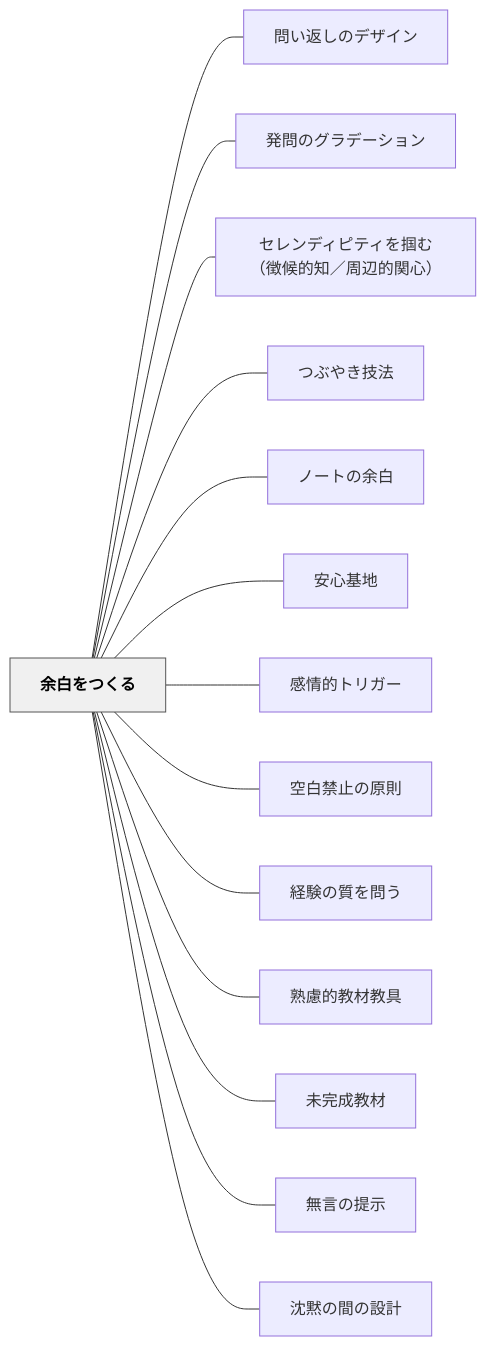
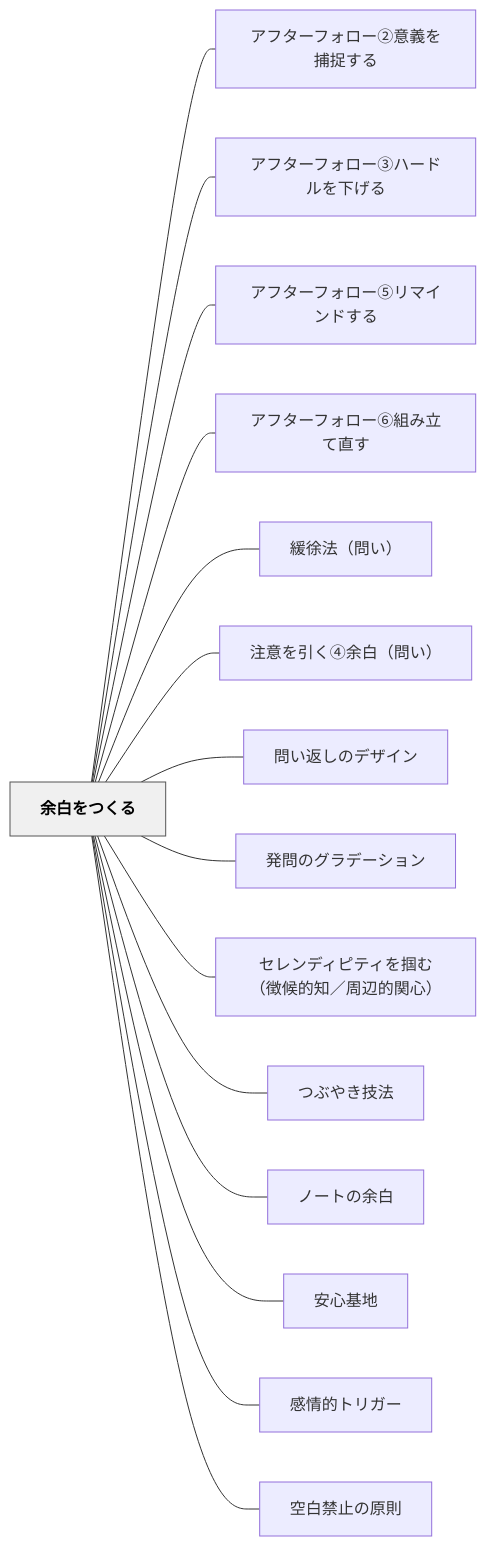
Before and after one commit to unknownthings-ed-patterns/unknownthings-ed-patterns: the diagram in content/パタン/余白をつくる.md, drawn with Mermaid. The commit also changed other lines of this file and 38 other files, not shown here.

````diff
--- a/content/パタン/余白をつくる.md
+++ b/content/パタン/余白をつくる.md
@@ -82,34 +88,36 @@
 ```mermaid
 flowchart LR
     ne4bd99e799bde38292e381a4e3818fe3828b["余白をつくる"]
+    ne382a2e38395e382bfe383bce38395e382a9e383ade383bce291a1e6848fe7bea9e38292e68d95e68d89e38199e3828b["アフターフォロー②意義を捕捉する"]
+    ne382a2e38395e382bfe383bce38395e382a9e383ade383bce291a2e3838fe383bce38389e383abe38292e4b88be38192e3828b["アフターフォロー③ハードルを下げる"]
+    ne382a2e38395e382bfe383bce38395e382a9e383ade383bce291a4e383aae3839ee382a4e383b3e38389e38199e3828b["アフターフォロー⑤リマインドする"]
+    ne382a2e38395e382bfe383bce38395e382a9e383ade383bce291a5e7b584e381bfe7ab8be381a6e79bb4e38199["アフターフォロー⑥組み立て直す"]
+    ne7b7a9e5be90e6b395efbc88e5958fe38184efbc89["緩徐法（問い）"]
+    ne6b3a8e6848fe38292e5bc95e3818fe291a3e4bd99e799bdefbc88e5958fe38184efbc89["注意を引く④余白（問い）"]
     ne5958fe38184e8bf94e38197e381aee38387e382b6e382a4e383b3["問い返しのデザイン"]
     ne799bae5958fe381aee382b0e383a9e38387e383bce382b7e383a7e383b3["発問のグラデーション"]
     ne382bbe383ace383b3e38387e382a3e38394e38386e382a3e38292e68eb4e38280efbc88e5beb4e58099e79a84e79fa5efbc8fe591a8e8bebae79a84e996a2e5bf83efbc89["セレンディピティを掴む（徴候的知／周辺的関心）"]
     ne381a4e381b6e38284e3818de68a80e6b395["つぶやき技法"]
     ne3838ee383bce38388e381aee4bd99e799bd["ノートの余白"]
     ne5ae89e5bf83e59fbae59cb0["安心基地"]
     ne6849fe68385e79a84e38388e383aae382ace383bc["感情的トリガー"]
     ne7a9bae799bde7a681e6ada2e381aee58e9fe58987["空白禁止の原則"]
-    ne7b58ce9a893e381aee8b3aae38292e5958fe38186["経験の質を問う"]
-    ne7869fe685aee79a84e69599e69d90e69599e585b7["熟慮的教材教具"]
-    ne69caae5ae8ce68890e69599e69d90["未完成教材"]
-    ne784a1e8a880e381aee68f90e7a4ba["無言の提示"]
-    ne6b288e9bb99e381aee99693e381aee8a8ade8a888["沈黙の間の設計"]
 
+    ne4bd99e799bde38292e381a4e3818fe3828b --- ne382a2e38395e382bfe383bce38395e382a9e383ade383bce291a1e6848fe7bea9e38292e68d95e68d89e38199e3828b
+    ne4bd99e799bde38292e381a4e3818fe3828b --- ne382a2e38395e382bfe383bce38395e382a9e383ade383bce291a2e3838fe383bce38389e383abe38292e4b88be38192e3828b
+    ne4bd99e799bde38292e381a4e3818fe3828b --- ne382a2e38395e382bfe383bce38395e382a9e383ade383bce291a4e383aae3839ee382a4e383b3e38389e38199e3828b
+    ne4bd99e799bde38292e381a4e3818fe3828b --- ne382a2e38395e382bfe383bce38395e382a9e383ade383bce291a5e7b584e381bfe7ab8be381a6e79bb4e38199
+    ne4bd99e799bde38292e381a4e3818fe3828b --- ne7b7a9e5be90e6b395efbc88e5958fe38184efbc89
+    ne4bd99e799bde38292e381a4e3818fe3828b --- ne6b3a8e6848fe38292e5bc95e3818fe291a3e4bd99e799bdefbc88e5958fe38184efbc89
     ne4bd99e799bde38292e381a4e3818fe3828b --- ne5958fe38184e8bf94e38197e381aee38387e382b6e382a4e383b3
     ne4bd99e799bde38292e381a4e3818fe3828b --- ne799bae5958fe381aee382b0e383a9e38387e383bce382b7e383a7e383b3
     ne4bd99e799bde38292e381a4e3818fe3828b --- ne382bbe383ace383b3e38387e382a3e38394e38386e382a3e38292e68eb4e38280efbc88e5beb4e58099e79a84e79fa5efbc8fe591a8e8bebae79a84e996a2e5bf83efbc89
     ne4bd99e799bde38292e381a4e3818fe3828b --- ne381a4e381b6e38284e3818de68a80e6b395
     ne4bd99e799bde38292e381a4e3818fe3828b --- ne3838ee383bce38388e381aee4bd99e799bd
     ne4bd99e799bde38292e381a4e3818fe3828b --- ne5ae89e5bf83e59fbae59cb0
     ne4bd99e799bde38292e381a4e3818fe3828b --- ne6849fe68385e79a84e38388e383aae382ace383bc
     ne4bd99e799bde38292e381a4e3818fe3828b --- ne7a9bae799bde7a681e6ada2e381aee58e9fe58987
-    ne4bd99e799bde38292e381a4e3818fe3828b --- ne7b58ce9a893e381aee8b3aae38292e5958fe38186
-    ne4bd99e799bde38292e381a4e3818fe3828b --- ne7869fe685aee79a84e69599e69d90e69599e585b7
-    ne4bd99e799bde38292e381a4e3818fe3828b --- ne69caae5ae8ce68890e69599e69d90
-    ne4bd99e799bde38292e381a4e3818fe3828b --- ne784a1e8a880e381aee68f90e7a4ba
-    ne4bd99e799bde38292e381a4e3818fe3828b --- ne6b288e9bb99e381aee99693e381aee8a8ade8a888
 
     classDef hub fill:#f0f0f0,stroke:#555,color:#000,font-weight:bold
     class ne4bd99e799bde38292e381a4e3818fe3828b hub
 ```
````
